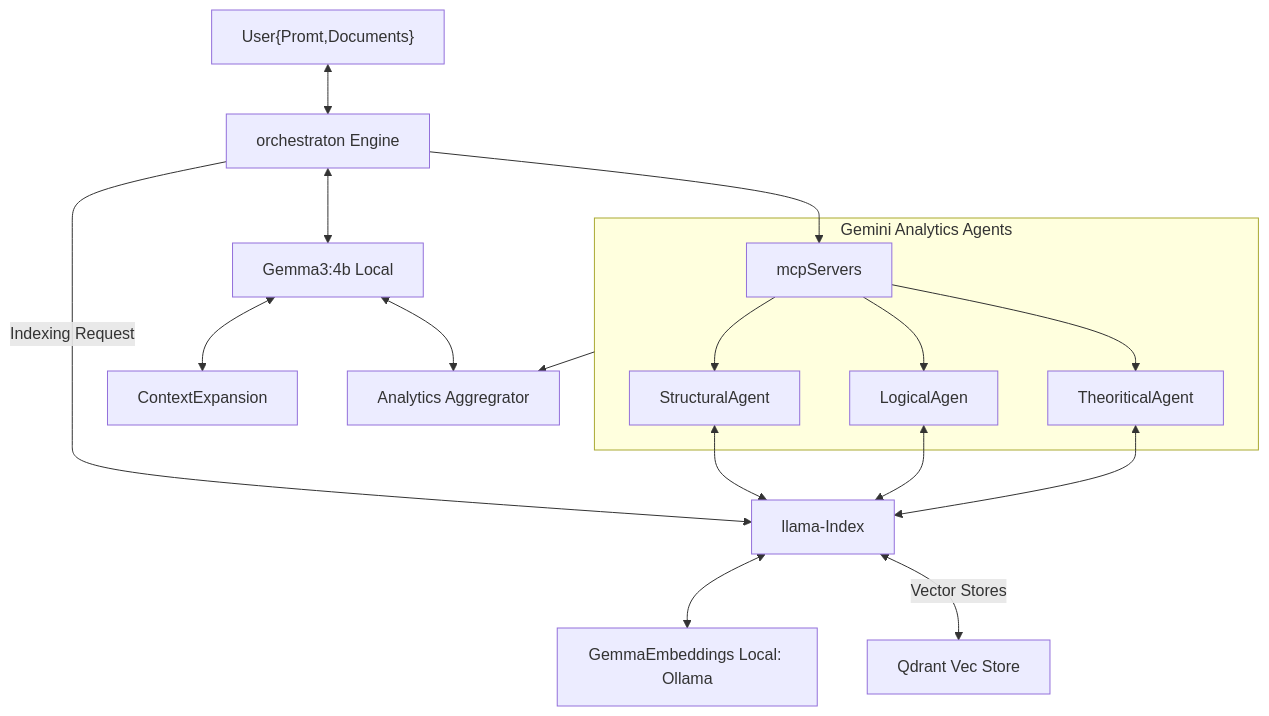
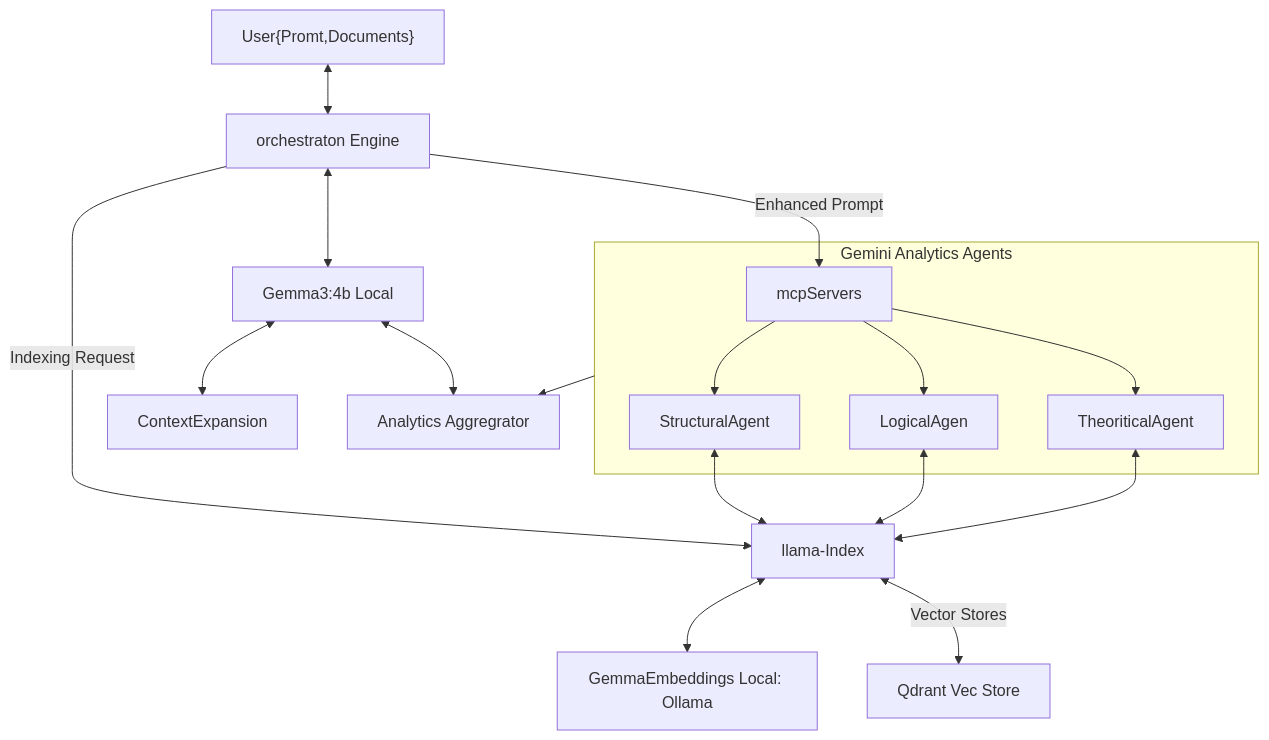
The second of 2 diagrams in README.md (yankeygilbert/FLaap), drawn with Mermaid before and after one commit.

Commit message:
added pipline stages

````diff
--- a/README.md
+++ b/README.md
@@ -58,24 +58,24 @@
 ```mermaid
 
     graph TD
 
     User["User{Promt,Documents}"] <--> orc["orchestraton Engine"]
     orc --> |Indexing Request|Indxing["llama-Index"]
-    orc --> Mcp["mcpServers"]
+    orc --> |Enhanced Prompt|Mcp["mcpServers"]
     orc <--> gemma["Gemma3:4b Local"]
     gemma <--> contxtExp["ContextExpansion"]
     gemma <--> Agg["Analytics Aggregrator"]
 
     subgraph Agents ["Gemini  Analytics Agents"]
     Mcp --> struct["StructuralAgent"]
     Mcp --> log["LogicalAgen"]
     Mcp --> hypo["TheoriticalAgent"]
     end
 
     Indxing <-->Ollama["GemmaEmbeddings Local: Ollama"]
     Indxing <-->|Vector Stores| Qdrant["Qdrant Vec Store"]
     struct<--> Indxing
     log <--> Indxing
     hypo <--> Indxing
     Agents -->  Agg
 ```
````
